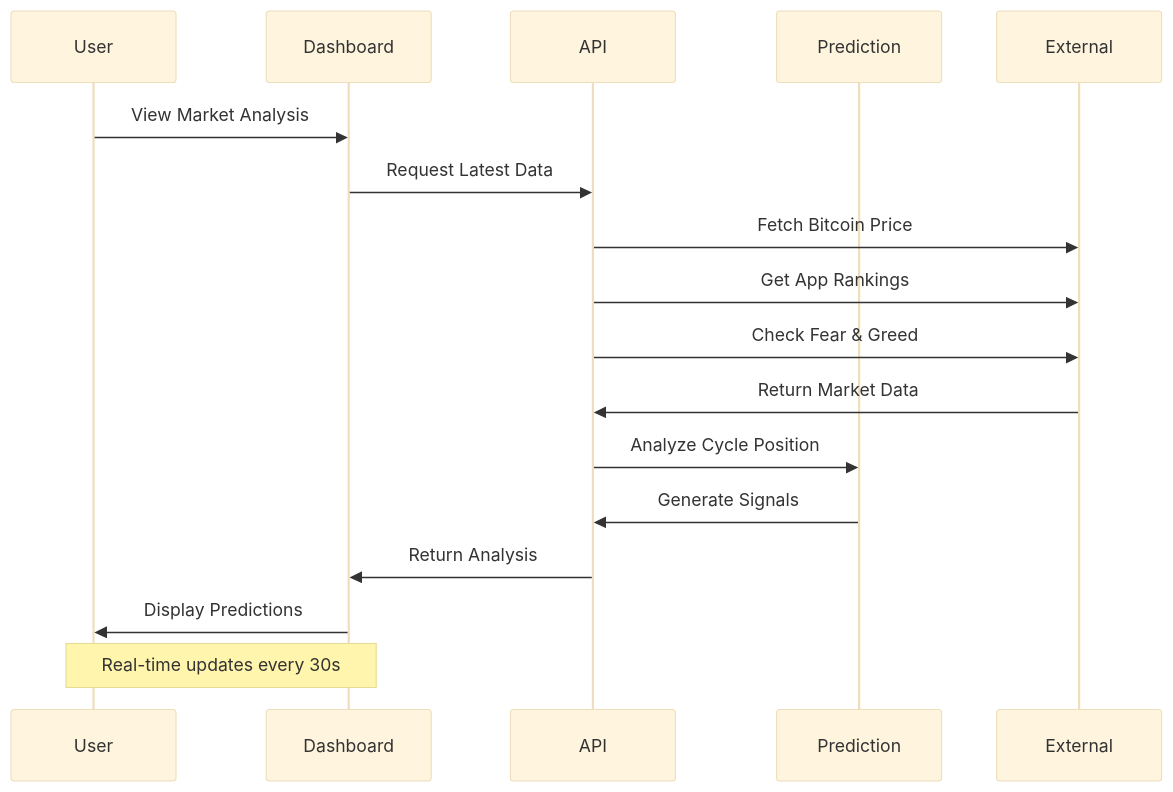
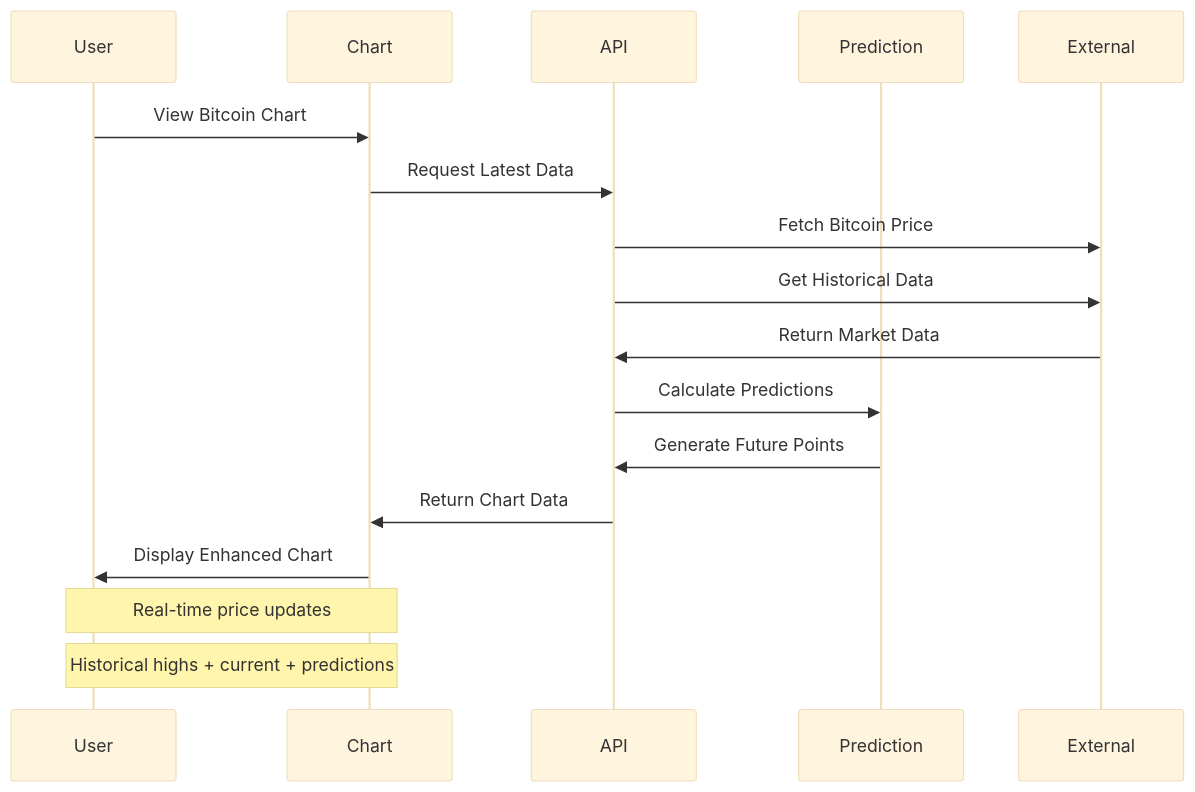
The third of 10 diagrams in ARCHITECTURE.md (oxnr/picotop), drawn with Mermaid (base theme) before and after one commit. The commit also changed other lines of this file and 34 other files, not shown here.

First line of the commit message:
feat: Complete Picojeet enhanced Bitcoin chart and documentation checkpoint

````diff
--- a/ARCHITECTURE.md
+++ b/ARCHITECTURE.md
@@ -126,22 +96,22 @@
 ```mermaid
 sequenceDiagram
     participant User
-    participant Dashboard
+    participant Chart
     participant API
     participant Prediction
     participant External
     
-    User->>Dashboard: View Market Analysis
-    Dashboard->>API: Request Latest Data
+    User->>Chart: View Bitcoin Chart
+    Chart->>API: Request Latest Data
     API->>External: Fetch Bitcoin Price
-    API->>External: Get App Rankings
-    API->>External: Check Fear & Greed
+    API->>External: Get Historical Data
     
     External->>API: Return Market Data
-    API->>Prediction: Analyze Cycle Position
-    Prediction->>API: Generate Signals
-    API->>Dashboard: Return Analysis
-    Dashboard->>User: Display Predictions
+    API->>Prediction: Calculate Predictions
+    Prediction->>API: Generate Future Points
+    API->>Chart: Return Chart Data
+    Chart->>User: Display Enhanced Chart
     
-    Note over Dashboard,User: Real-time updates every 30s
+    Note over Chart,User: Real-time price updates
+    Note over Chart,User: Historical highs + current + predictions
 ```
````
